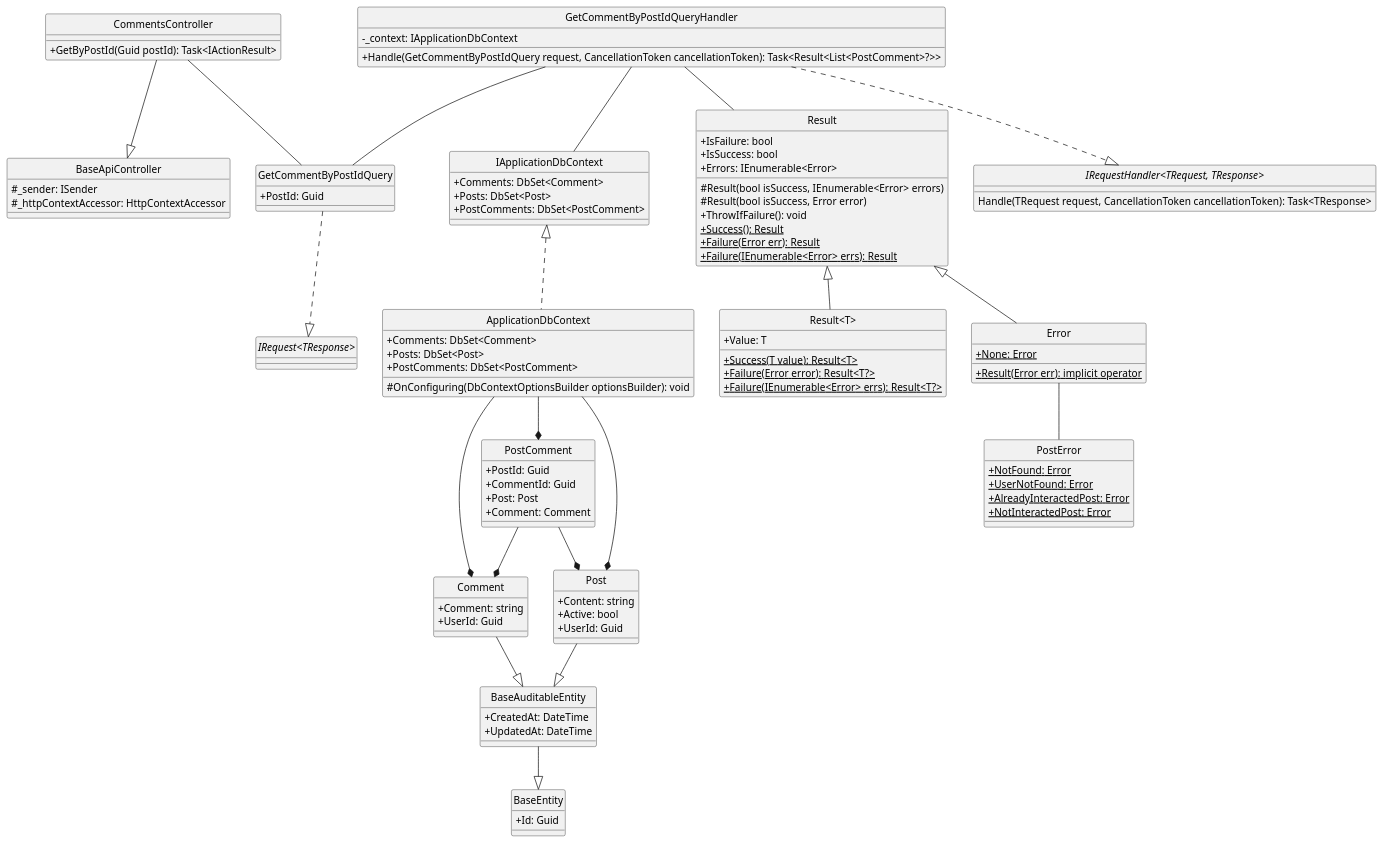
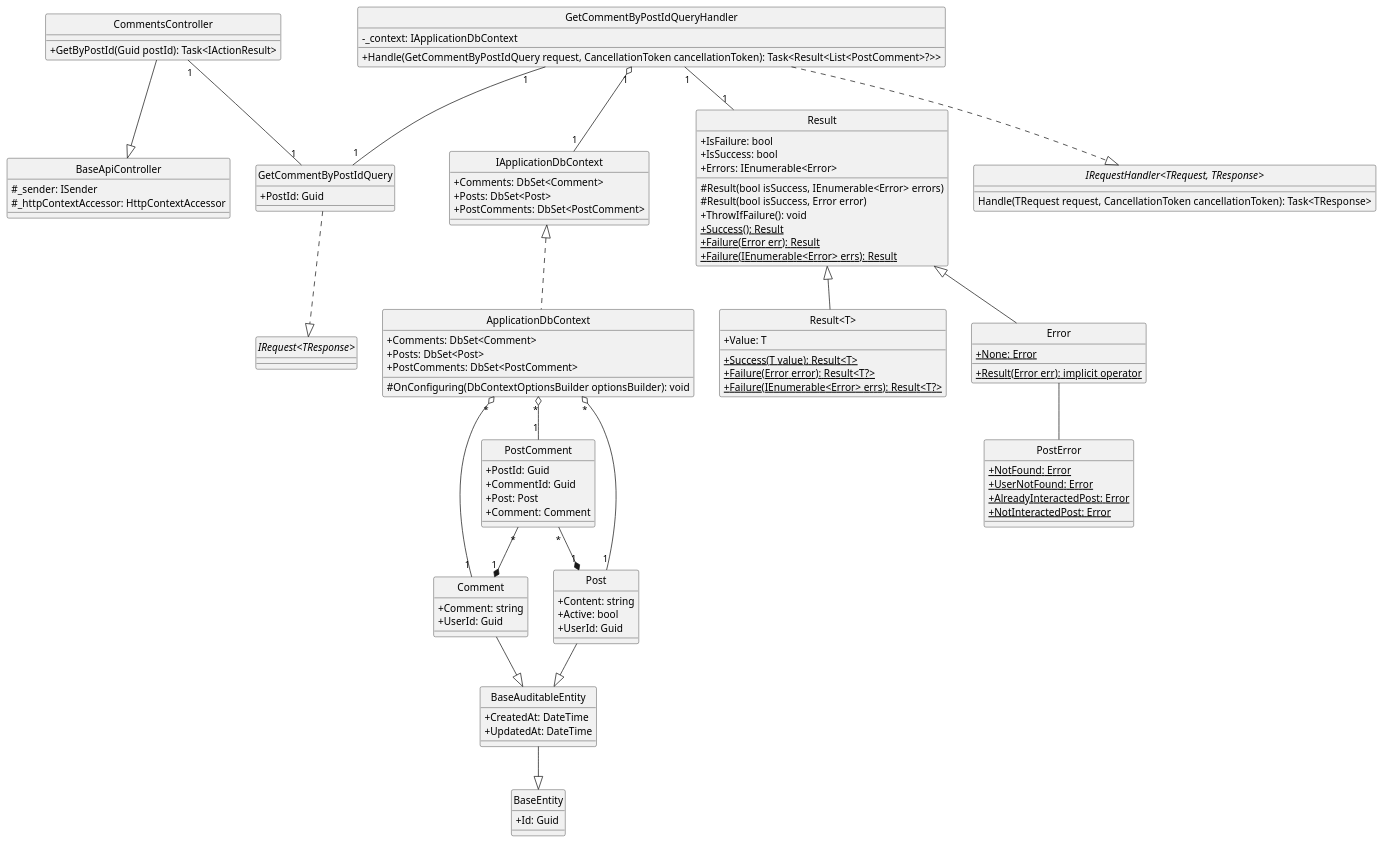
Before and after one commit to Carl-Johnsons/Chat-Application: the diagram in docs/Class Diagram/Post/Comment/GetCommentByPostId/ClassDiagram.plantuml, drawn with PlantUML. The commit also changed 21 other files, not shown here.

```diff
--- a/docs/Class Diagram/Post/Comment/GetCommentByPostId/ClassDiagram.plantuml
+++ b/docs/Class Diagram/Post/Comment/GetCommentByPostId/ClassDiagram.plantuml
@@ -1,122 +1,122 @@
 @startuml GetCommentByPostId
 hide circle
 skinparam classAttributeIconSize 0
 
 class BaseApiController {
     #_sender: ISender
     #_httpContextAccessor: HttpContextAccessor
 }
 
 class CommentsController {
     +GetByPostId(Guid postId): Task<IActionResult>
 }
 
 class GetCommentByPostIdQuery {
     +PostId: Guid
 }
 
 class GetCommentByPostIdQueryHandler {
     -_context: IApplicationDbContext
     +Handle(GetCommentByPostIdQuery request, CancellationToken cancellationToken): Task<Result<List<PostComment>?>>
 }
 
 class IApplicationDbContext {
     +Comments: DbSet<Comment> 
     +Posts: DbSet<Post> 
     +PostComments: DbSet<PostComment> 
 }
 
 class ApplicationDbContext {
     +Comments: DbSet<Comment> 
     +Posts: DbSet<Post> 
     +PostComments: DbSet<PostComment>
     #OnConfiguring(DbContextOptionsBuilder optionsBuilder): void
 }
 
 class Result {
     +IsFailure: bool
     +IsSuccess: bool
     +Errors: IEnumerable<Error> 
     #Result(bool isSuccess, IEnumerable<Error> errors)
     #Result(bool isSuccess, Error error)
     +ThrowIfFailure(): void
     +{static} Success(): Result 
     +{static} Failure(Error err): Result
     +{static} Failure(IEnumerable<Error> errs): Result
 }
 
 class "Result<T>" {
     +Value: T
     +{static} Success(T value): Result<T> 
     +{static} Failure(Error error): Result<T?> 
     +{static} Failure(IEnumerable<Error> errs): Result<T?> 
 }
 
 class Error {
     +{static} None: Error
     +{static} Result(Error err): implicit operator
 }
 
 class PostError {
     +{static} NotFound: Error
     +{static} UserNotFound: Error
     +{static} AlreadyInteractedPost: Error
     +{static} NotInteractedPost: Error
 }
 
 class BaseEntity {
     +Id: Guid
 }
 
 class BaseAuditableEntity{
     +CreatedAt: DateTime
     +UpdatedAt: DateTime
 }
 
 class Comment {
     +Comment: string
     +UserId: Guid
 }
 
 class PostComment {
     +PostId: Guid
     +CommentId: Guid
     +Post: Post
     +Comment: Comment
 }
 
 class Post {
     +Content: string
     +Active: bool 
     +UserId: Guid
 }
 interface "IRequest<TResponse>"
 interface "IRequestHandler<TRequest, TResponse>"{
     Handle(TRequest request, CancellationToken cancellationToken): Task<TResponse>
 }
 
 '==== Get Comment By Post Id ====
 'API Layer
 CommentsController --|> BaseApiController
-CommentsController -- GetCommentByPostIdQuery
+CommentsController "1"--"1" GetCommentByPostIdQuery
 'Application Layer
 GetCommentByPostIdQuery ..|> "IRequest<TResponse>"
 GetCommentByPostIdQueryHandler ..|> "IRequestHandler<TRequest, TResponse>"
-GetCommentByPostIdQueryHandler -- GetCommentByPostIdQuery
-GetCommentByPostIdQueryHandler -- Result
-GetCommentByPostIdQueryHandler -- IApplicationDbContext
+GetCommentByPostIdQueryHandler "1"--"1" GetCommentByPostIdQuery
+GetCommentByPostIdQueryHandler "1"--"1" Result
+GetCommentByPostIdQueryHandler "1" o--"1" IApplicationDbContext
 'Domain Layer
 Result <|-- Error
 Result <|-- "Result<T>"
 Error -- PostError
 Comment --|> BaseAuditableEntity
 Post --|> BaseAuditableEntity
 BaseAuditableEntity --|> BaseEntity
-PostComment --* Post
-PostComment --* Comment
+PostComment "*"--*"1" Post
+PostComment "*"--*"1" Comment
 'Infrastructure Layer
 IApplicationDbContext <|.. ApplicationDbContext
-ApplicationDbContext --* Comment
-ApplicationDbContext --* PostComment
-ApplicationDbContext --* Post
+ApplicationDbContext "*" o--"1" Comment
+ApplicationDbContext "*" o--"1" PostComment
+ApplicationDbContext "*" o--"1" Post
 @enduml
```
